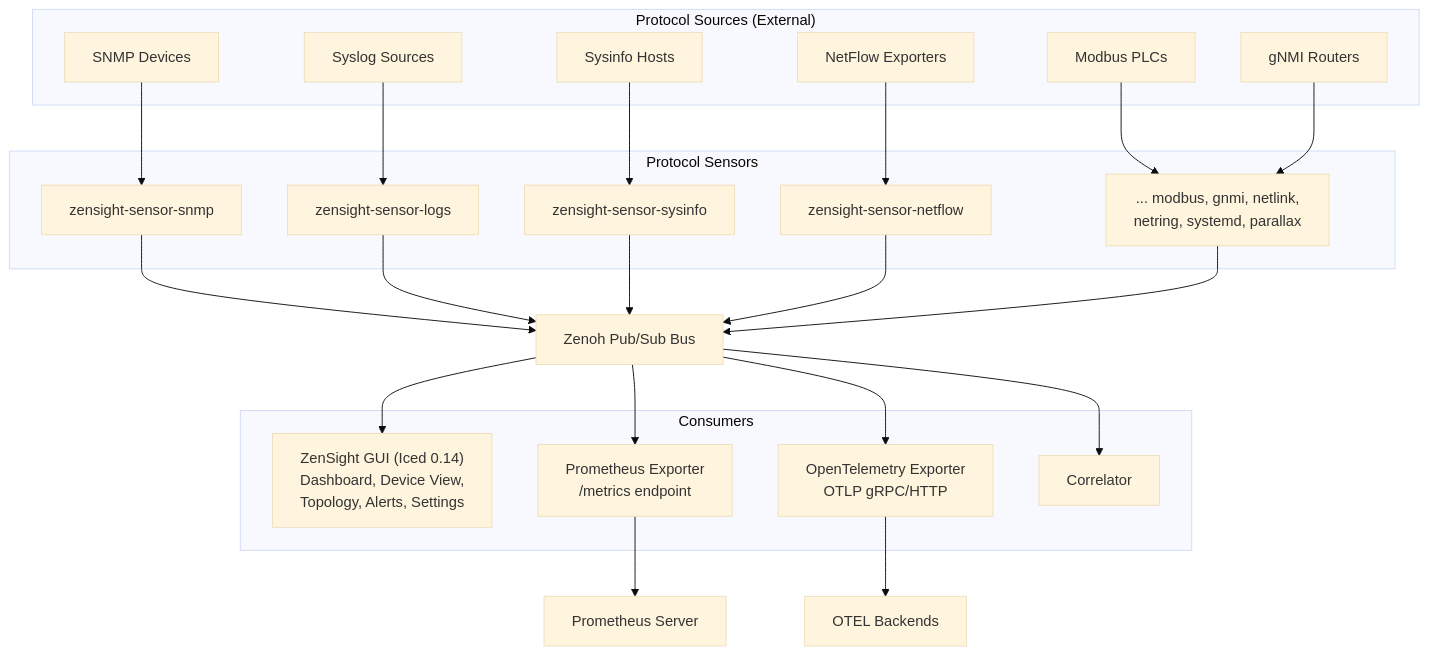
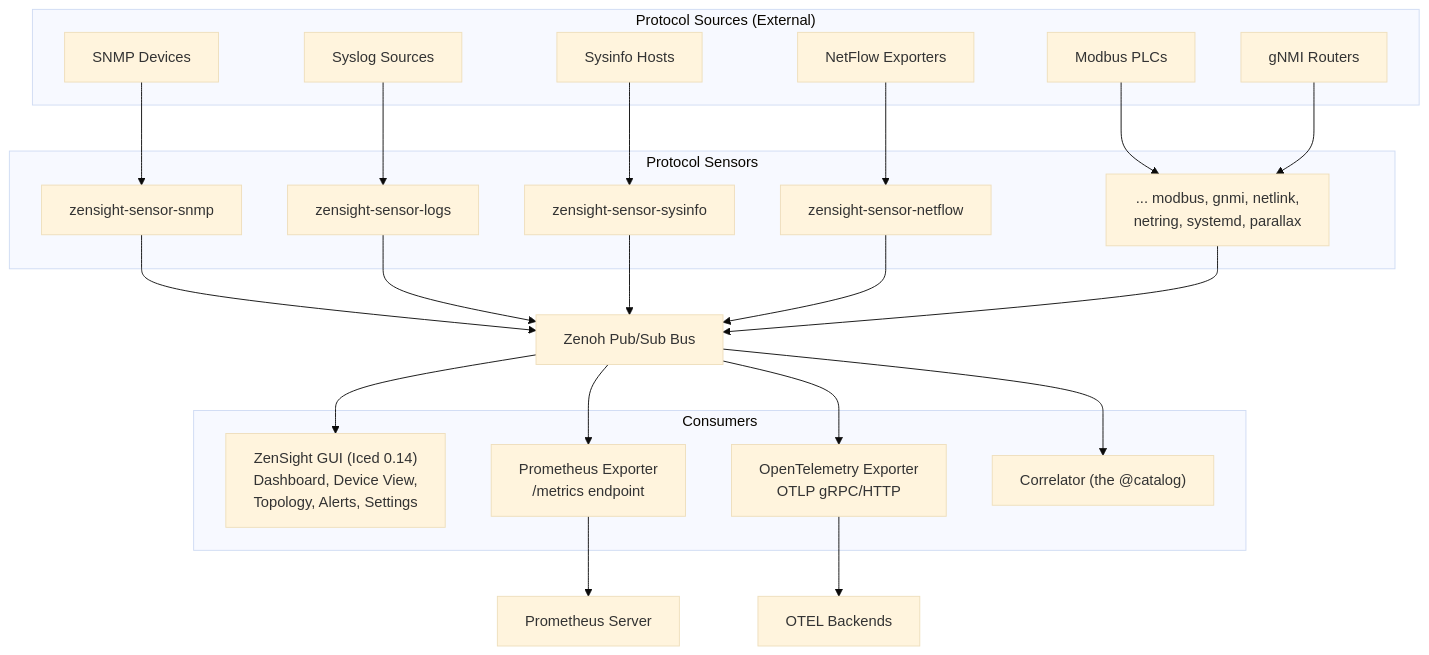
Before and after one commit to p13marc/zensight: the first of 8 diagrams in docs/ARCHITECTURE.md, drawn with Mermaid (base theme). The commit also changed other lines of this file and 67 other files, not shown here.

````diff
--- a/docs/ARCHITECTURE.md
+++ b/docs/ARCHITECTURE.md
@@ -7,49 +7,49 @@
 ```mermaid
 flowchart TD
     subgraph Sources["Protocol Sources (External)"]
         SNMPDev["SNMP Devices"]
         SyslogSrc["Syslog Sources"]
         SysinfoHosts["Sysinfo Hosts"]
         NetFlowExp["NetFlow Exporters"]
         ModbusPLC["Modbus PLCs"]
         GnmiRouters["gNMI Routers"]
     end
 
     subgraph Sensors["Protocol Sensors"]
         SnmpSensor["zensight-sensor-snmp"]
         LogsSensor["zensight-sensor-logs"]
         SysinfoSensor["zensight-sensor-sysinfo"]
         NetflowSensor["zensight-sensor-netflow"]
         OtherSensors["... modbus, gnmi, netlink,<br/>netring, systemd, parallax"]
     end
 
     SNMPDev --> SnmpSensor
     SyslogSrc --> LogsSensor
     SysinfoHosts --> SysinfoSensor
     NetFlowExp --> NetflowSensor
     ModbusPLC --> OtherSensors
     GnmiRouters --> OtherSensors
 
     Bus["Zenoh Pub/Sub Bus"]
 
     SnmpSensor --> Bus
     LogsSensor --> Bus
     SysinfoSensor --> Bus
     NetflowSensor --> Bus
     OtherSensors --> Bus
 
     subgraph Consumers["Consumers"]
         GUI["ZenSight GUI (Iced 0.14)<br/>Dashboard, Device View,<br/>Topology, Alerts, Settings"]
         Prom["Prometheus Exporter<br/>/metrics endpoint"]
         OTel["OpenTelemetry Exporter<br/>OTLP gRPC/HTTP"]
-        Correlator["Correlator"]
+        Correlator["Correlator (the @catalog)"]
     end
 
     Bus --> GUI
     Bus --> Prom
     Bus --> OTel
     Bus --> Correlator
 
     Prom --> PromServer["Prometheus Server"]
     OTel --> OTelBackend["OTEL Backends"]
 ```
````
